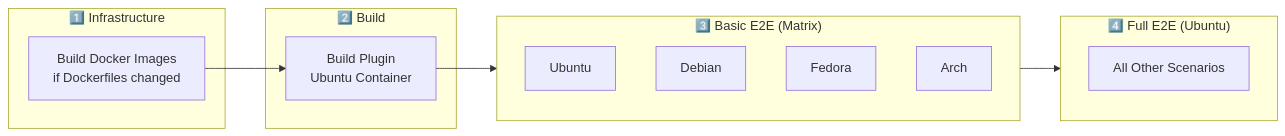
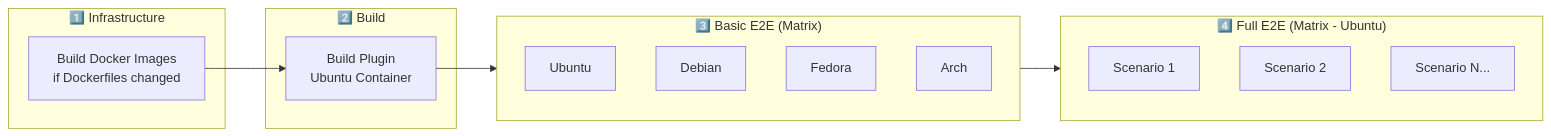
One commit to chrisgleissner/c64stream changed the second of 2 diagrams in doc/ci-architecture.md. Above: the diagram before and after it, drawn with Mermaid. The commit also changed other lines of this file and 1 other file, not shown here.

First line of the commit message:
ci: make e2e-full a matrix job for parallel scenario execution

````diff
--- a/doc/ci-architecture.md
+++ b/doc/ci-architecture.md
@@ -87,26 +101,29 @@
 ```mermaid
 flowchart LR
     subgraph Stage1["1️⃣ Infrastructure"]
         DOCKER[Build Docker Images<br/>if Dockerfiles changed]
     end
 
     subgraph Stage2["2️⃣ Build"]
         BUILD[Build Plugin<br/>Ubuntu Container]
     end
 
     subgraph Stage3["3️⃣ Basic E2E (Matrix)"]
         direction TB
         U[Ubuntu]
         D[Debian]
         F[Fedora]
         A[Arch]
     end
 
-    subgraph Stage4["4️⃣ Full E2E (Ubuntu)"]
-        FULL[All Other Scenarios]
+    subgraph Stage4["4️⃣ Full E2E (Matrix - Ubuntu)"]
+        direction TB
+        S1[Scenario 1]
+        S2[Scenario 2]
+        SN[Scenario N...]
     end
 
     DOCKER --> BUILD
     BUILD --> Stage3
     Stage3 --> Stage4
 ```
````
